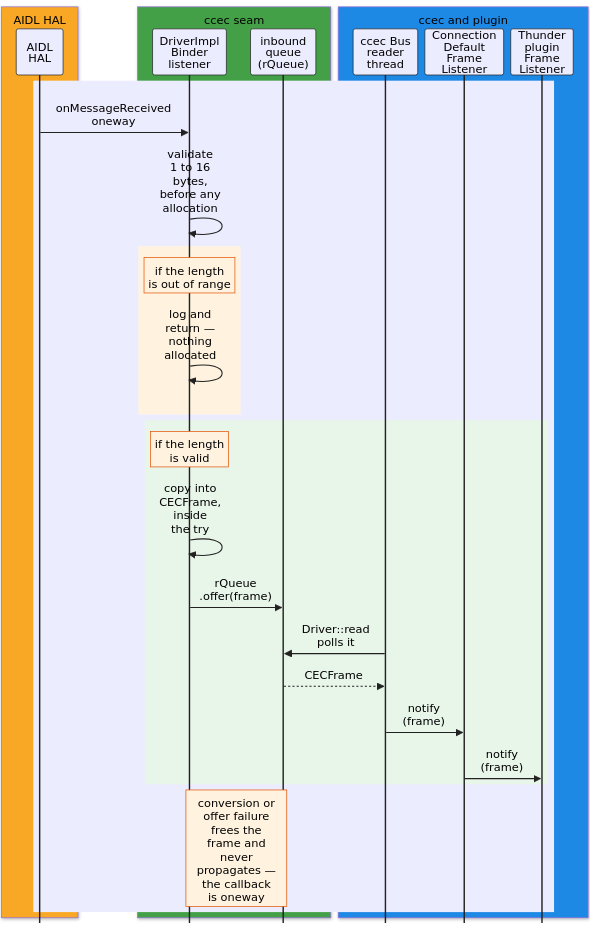
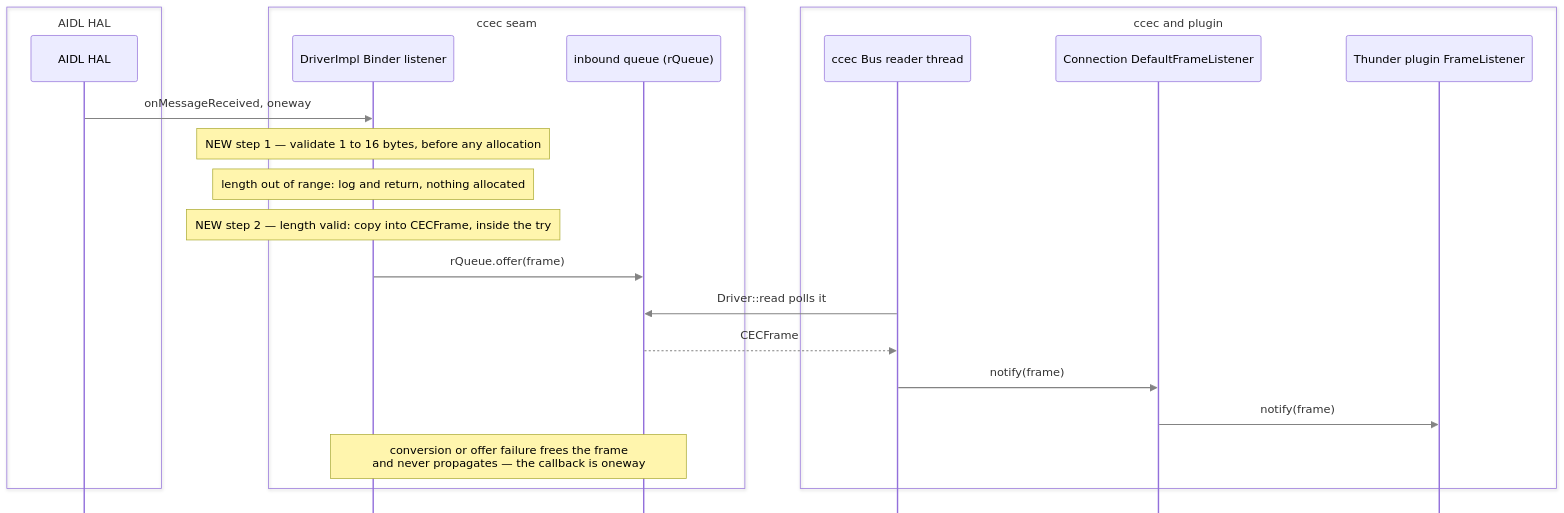
One commit to Blitzy-Sky/rdk-halif-aidl changed the third of 3 diagrams in hdmicec/current/docs/migration_mapping.md. Above: the diagram before and after it, drawn with Mermaid. The commit also changed other lines of this file and 7 other files, not shown here.

````diff
--- a/hdmicec/current/docs/migration_mapping.md
+++ b/hdmicec/current/docs/migration_mapping.md
@@ -561,36 +562,28 @@
 ```mermaid
-%%{init: {"theme":"default","themeVariables":{"textColor":"#000000","actorBkg":"#ECECFF","actorBorder":"#212121","actorTextColor":"#000000","actorLineColor":"#212121","signalColor":"#212121","signalTextColor":"#000000","noteBkgColor":"#FFF3E0","noteBorderColor":"#E65100","noteTextColor":"#000000"},"sequence":{"diagramMarginX":8,"diagramMarginY":8,"actorMargin":10,"boxMargin":8,"width":66,"noteMargin":6,"messageMargin":26,"mirrorActors":false}}}%%
+%%{init: {"themeVariables":{"signalColor":"#838383"},"sequence":{"diagramMarginX":32,"diagramMarginY":24,"actorMargin":120,"boxMargin":14,"boxTextMargin":6,"width":150,"noteMargin":12,"messageMargin":44,"mirrorActors":false,"wrap":false}}}%%
 sequenceDiagram
     accTitle: Receive path, unchanged above the ccec seam
     accDescr: The AIDL HAL invokes onMessageReceived on the DriverImpl Binder listener as a oneway call. The listener first validates that the buffer holds 1 to 16 bytes, before any allocation. If the length is out of range it logs and returns, having allocated nothing. If the length is valid it copies the buffer into a CECFrame inside the try block, offers the frame to the bounded inbound queue, and a separate ccec Bus reader thread polls that queue through Driver read, receives the CECFrame, and notifies the Connection default frame listener, which in turn notifies the Thunder plugin frame listener. A conversion or offer failure frees the frame and never propagates, because the callback is oneway. Only the two seam steps are new; every hop above the seam is unchanged.
-    box rgb(249,168,37) AIDL HAL
-        participant HAL as AIDL<br/>HAL
+    box transparent AIDL HAL
+        participant HAL as AIDL HAL
     end
-    box rgb(67,160,71) ccec seam
-        participant LS as DriverImpl<br/>Binder<br/>listener
-        participant Q as inbound<br/>queue<br/>(rQueue)
+    box transparent ccec seam
+        participant LS as DriverImpl Binder listener
+        participant Q as inbound queue (rQueue)
     end
-    box rgb(30,136,229) ccec and plugin
-        participant RD as ccec Bus<br/>reader<br/>thread
-        participant CN as Connection<br/>Default<br/>Frame<br/>Listener
-        participant PL as Thunder<br/>plugin<br/>Frame<br/>Listener
+    box transparent ccec and plugin
+        participant RD as ccec Bus reader thread
+        participant CN as Connection DefaultFrameListener
+        participant PL as Thunder plugin FrameListener
     end
-    rect rgb(236,236,255)
-    HAL->>LS: onMessageReceived<br/>oneway
-    LS->>LS: validate<br/>1 to 16<br/>bytes,<br/>before any<br/>allocation
-    rect rgb(255,243,224)
-    Note over LS: if the length<br/>is out of range
-    LS->>LS: log and<br/>return —<br/>nothing<br/>allocated
-    end
-    rect rgb(232,245,233)
-    Note over LS: if the length<br/>is valid
-    LS->>LS: copy into<br/>CECFrame,<br/>inside<br/>the try
-    LS->>Q: rQueue<br/>.offer(frame)
-    RD->>Q: Driver::read<br/>polls it
+    HAL->>LS: onMessageReceived, oneway
+    Note over LS: NEW step 1 — validate 1 to 16 bytes, before any allocation
+    Note over LS: length out of range: log and return, nothing allocated
+    Note over LS: NEW step 2 — length valid: copy into CECFrame, inside the try
+    LS->>Q: rQueue.offer(frame)
+    RD->>Q: Driver::read polls it
     Q-->>RD: CECFrame
-    RD->>CN: notify<br/>(frame)
-    CN->>PL: notify<br/>(frame)
-    end
-    Note over LS,Q: conversion or<br/>offer failure<br/>frees the<br/>frame and<br/>never<br/>propagates —<br/>the callback<br/>is oneway
-    end
+    RD->>CN: notify(frame)
+    CN->>PL: notify(frame)
+    Note over LS,Q: conversion or offer failure frees the frame<br/>and never propagates — the callback is oneway
 ```
````
